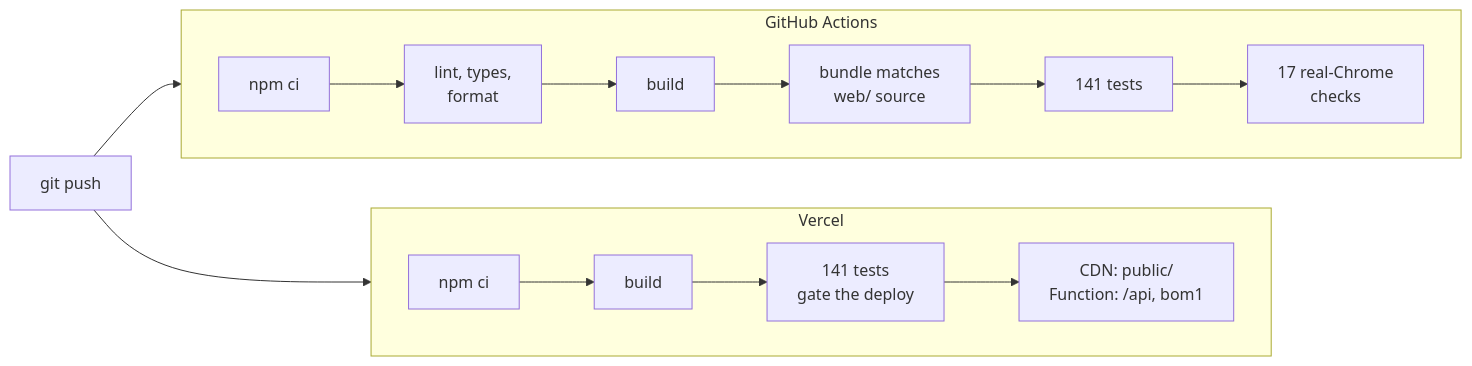
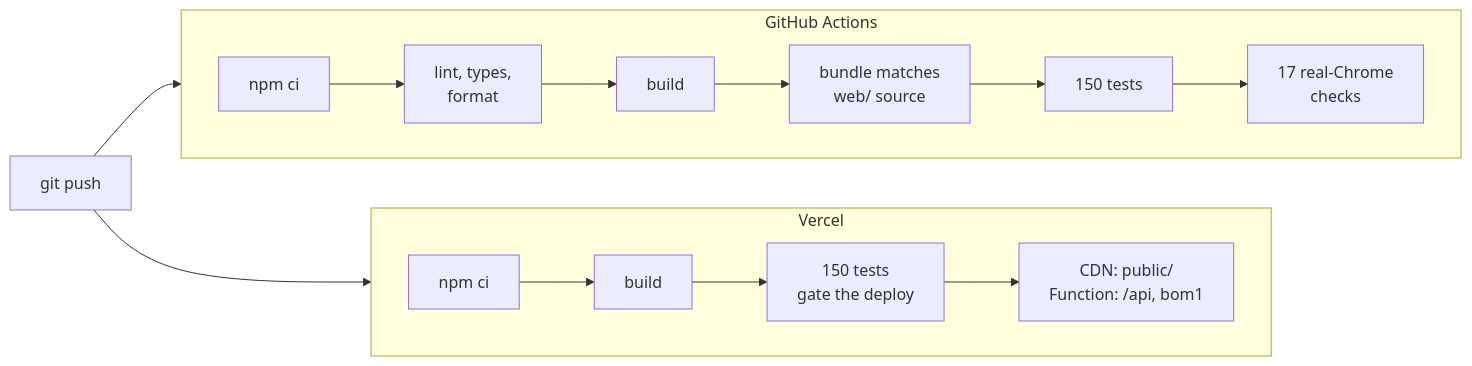
Before and after one commit to sahil-mangla/ClearBreath: the second of 2 diagrams in README.md, drawn with Mermaid. The commit also changed other lines of this file and 1 other file, not shown here.

````diff
--- a/README.md
+++ b/README.md
@@ -131,13 +131,13 @@
 ```mermaid
 flowchart LR
   P[git push] --> CI
   P --> CD
   subgraph CI [GitHub Actions]
     direction LR
-    c1[npm ci] --> c1b[lint, types,<br/>format] --> c2[build] --> c3[bundle matches<br/>web/ source] --> c4[141 tests] --> c5[17 real-Chrome<br/>checks]
+    c1[npm ci] --> c1b[lint, types,<br/>format] --> c2[build] --> c3[bundle matches<br/>web/ source] --> c4[150 tests] --> c5[17 real-Chrome<br/>checks]
   end
   subgraph CD [Vercel]
     direction LR
-    d1[npm ci] --> d2[build] --> d3[141 tests<br/>gate the deploy] --> d4[CDN: public/<br/>Function: /api, bom1]
+    d1[npm ci] --> d2[build] --> d3[150 tests<br/>gate the deploy] --> d4[CDN: public/<br/>Function: /api, bom1]
   end
 ```
````
